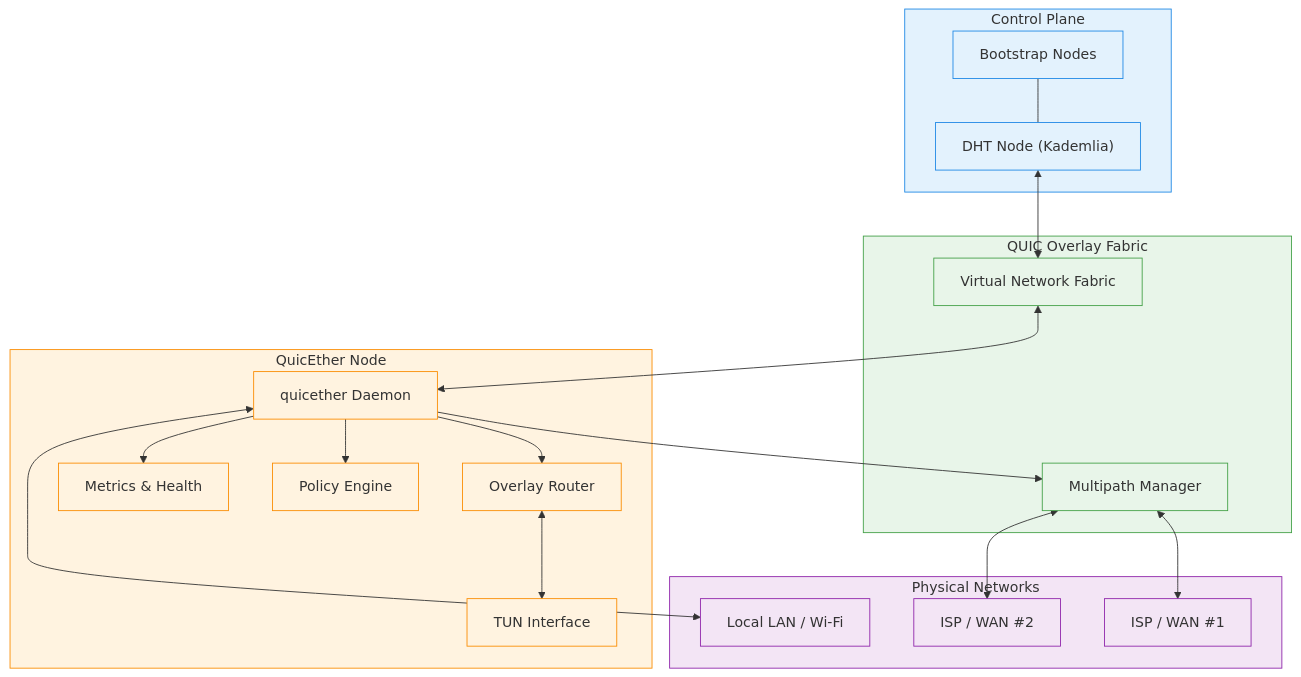
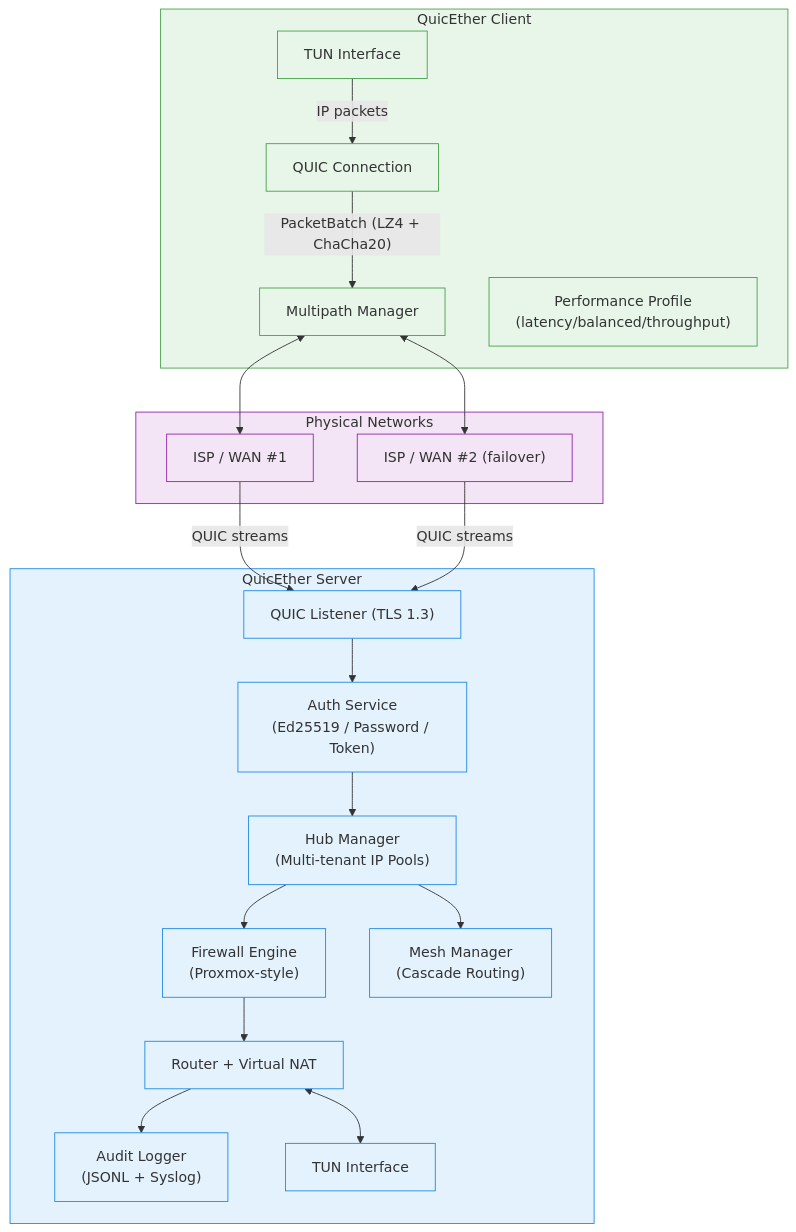
Before and after one commit to quicether/book: the first of 4 diagrams in diagrams/architecture.md, drawn with Mermaid. The commit also changed other lines of this file and 20 other files, not shown here.

First line of the commit message:
Refactor README and architecture diagrams for QuicEther v2.0

````diff
--- a/diagrams/architecture.md
+++ b/diagrams/architecture.md
@@ -1,56 +8,51 @@
 ```mermaid
 graph TD
-    %% Top layer: Control plane
-    subgraph ControlPlane[Control Plane]
-        DHT["DHT Node (Kademlia)"]
-        BOOT["Bootstrap Nodes"]
+    %% Server layer
+    subgraph Server["QuicEther Server"]
+        QUIC["QUIC Listener (TLS 1.3)"]
+        AUTH["Auth Service<br/>(Ed25519 / Password / Token)"]
+        HUB["Hub Manager<br/>(Multi-tenant IP Pools)"]
+        FW["Firewall Engine<br/>(Proxmox-style)"]
+        ROUTER["Router + Virtual NAT"]
+        AUDIT["Audit Logger<br/>(JSONL + Syslog)"]
+        MESH["Mesh Manager<br/>(Cascade Routing)"]
+        TUN_S["TUN Interface"]
     end
 
-    %% Middle layer: Overlay fabric
-    subgraph OverlayFabric["QUIC Overlay Fabric"]
-        VNF["Virtual Network Fabric"]
+    %% Client layer
+    subgraph Client["QuicEther Client"]
+        CONN["QUIC Connection"]
         MP["Multipath Manager"]
+        PERF["Performance Profile<br/>(latency/balanced/throughput)"]
+        TUN_C["TUN Interface"]
     end
 
-    %% Bottom layer: Data plane per node
-    subgraph Node["QuicEther Node"]
-        DAEMON["quicether Daemon"]
-        TUN["TUN Interface"]
-        ROUTER["Overlay Router"]
-        POLICY["Policy Engine"]
-        METRICS["Metrics & Health"]
+    %% Physical networks
+    subgraph Underlay["Physical Networks"]
+        ISP1["ISP / WAN #1"]
+        ISP2["ISP / WAN #2 (failover)"]
     end
 
-    %% External networks
-    subgraph Underlay["Physical Networks"]
-        ISP1["ISP / WAN #1"]
-        ISP2["ISP / WAN #2"]
-        LAN["Local LAN / Wi-Fi"]
-    end
-
-    %% Relationships
-    BOOT --- DHT
-    DHT <--> VNF
-
-    VNF <--> DAEMON
-    DAEMON --> MP
-    DAEMON --> ROUTER
-    ROUTER <--> TUN
-    DAEMON --> POLICY
-    DAEMON --> METRICS
-
+    %% Client to server flow
+    TUN_C -->|"IP packets"| CONN
+    CONN -->|"PacketBatch (LZ4 + ChaCha20)"| MP
     MP <--> ISP1
     MP <--> ISP2
-    DAEMON <--> LAN
+    ISP1 & ISP2 -->|"QUIC streams"| QUIC
+    QUIC --> AUTH
+    AUTH --> HUB
+    HUB --> FW
+    FW --> ROUTER
+    ROUTER <--> TUN_S
+    ROUTER --> AUDIT
+    HUB --> MESH
 
-    %% Notes
-    classDef control fill:#e3f2fd,stroke:#1e88e5;
-    classDef overlay fill:#e8f5e9,stroke:#43a047;
-    classDef node fill:#fff3e0,stroke:#fb8c00;
+    %% Styling
+    classDef server fill:#e3f2fd,stroke:#1e88e5;
+    classDef client fill:#e8f5e9,stroke:#43a047;
     classDef underlay fill:#f3e5f5,stroke:#8e24aa;
 
-    class ControlPlane,DHT,BOOT control;
-    class OverlayFabric,VNF,MP overlay;
-    class Node,DAEMON,TUN,ROUTER,POLICY,METRICS node;
-    class Underlay,ISP1,ISP2,LAN underlay;
+    class Server,QUIC,AUTH,HUB,FW,ROUTER,AUDIT,MESH,TUN_S server;
+    class Client,CONN,MP,PERF,TUN_C client;
+    class Underlay,ISP1,ISP2 underlay;
 ```
````
